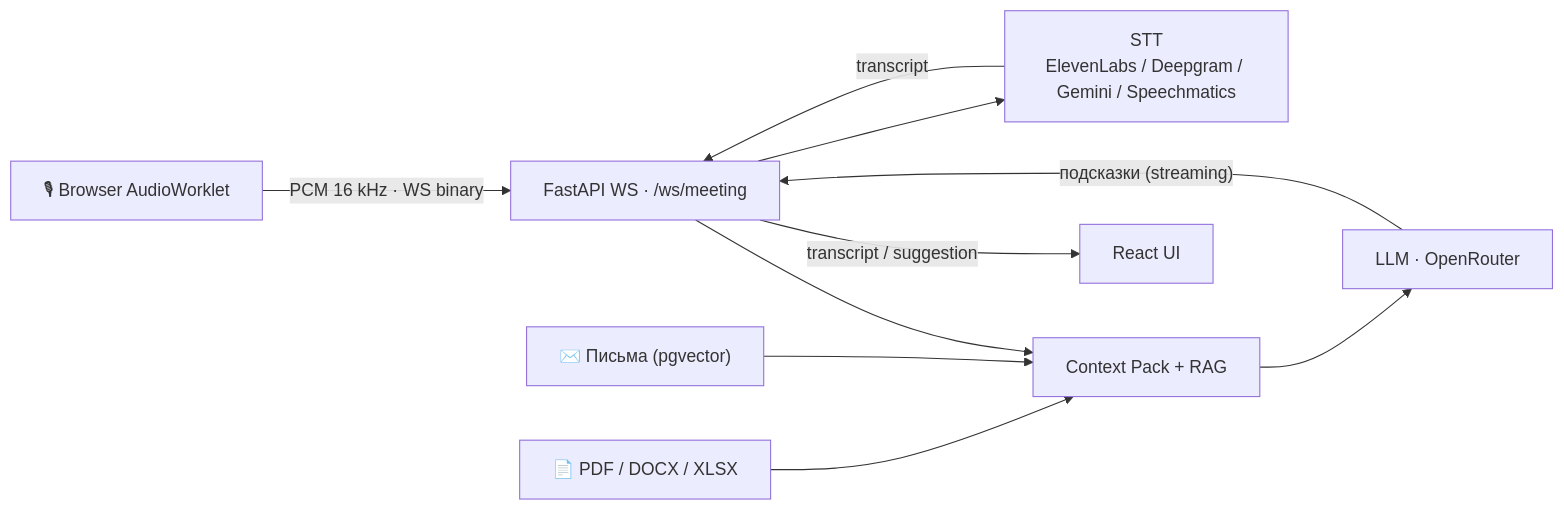
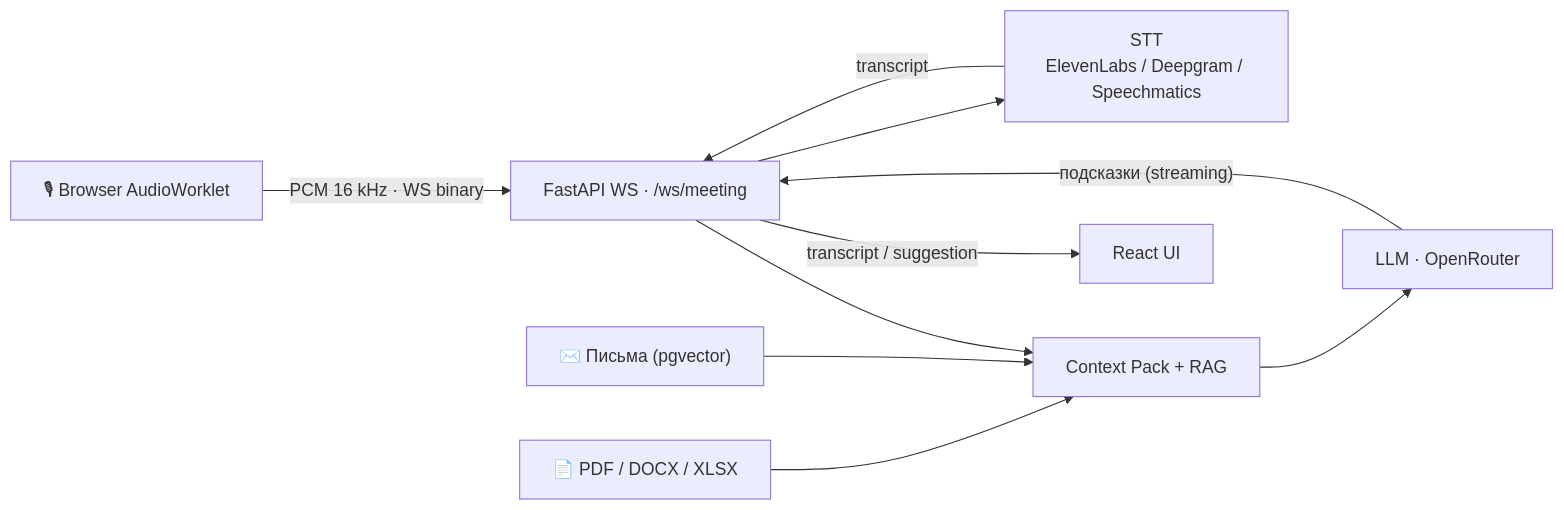
Before and after one commit to baldmaxim/MeridianAI: the diagram in README.md, drawn with Mermaid. The commit also changed other lines of this file and 11 other files, not shown here.

First line of the commit message:
Убрал Gemini из STT-пайплайна: псевдо-стриминг с задержкой ~5 сек не нужен под аудио (realtime остаётся ElevenLabs/Deepgram/Speechmatics)

````diff
--- a/README.md
+++ b/README.md
@@ -56,12 +56,12 @@
 ```mermaid
 flowchart LR
   Mic["🎙 Browser AudioWorklet"] -->|"PCM 16 kHz · WS binary"| WS["FastAPI WS · /ws/meeting"]
-  WS --> STT["STT<br/>ElevenLabs / Deepgram / Gemini / Speechmatics"]
+  WS --> STT["STT<br/>ElevenLabs / Deepgram / Speechmatics"]
   STT -->|transcript| WS
   Docs["📄 PDF / DOCX / XLSX"] --> CTX["Context Pack + RAG"]
   Letters["✉️ Письма (pgvector)"] --> CTX
   WS --> CTX
   CTX --> LLM["LLM · OpenRouter"]
   LLM -->|"подсказки (streaming)"| WS
   WS -->|"transcript / suggestion"| UI["React UI"]
 ```
````
